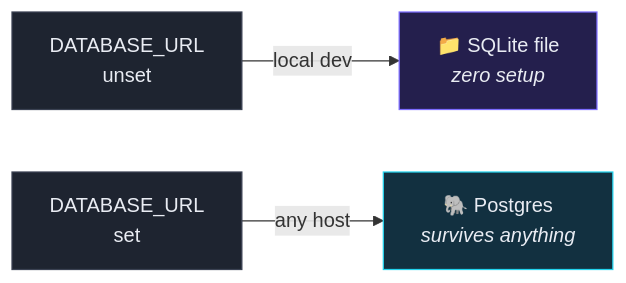
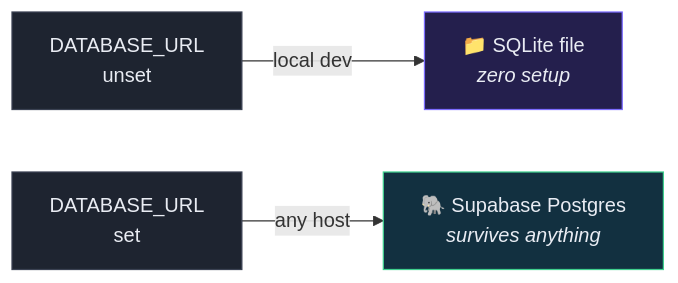
The fourth of 4 diagrams in README.md (HassanKhalid8/mnemo-bot), drawn with Mermaid before and after one commit. The commit also changed other lines of this file, not shown here.

````diff
--- a/README.md
+++ b/README.md
@@ -259,10 +372,10 @@
 ```mermaid
 graph LR
     A["DATABASE_URL<br/>unset"] -->|local dev| B["📁 SQLite file<br/><i>zero setup</i>"]
-    C["DATABASE_URL<br/>set"] -->|any host| D["🐘 Postgres<br/><i>survives anything</i>"]
+    C["DATABASE_URL<br/>set"] -->|any host| D["🐘 Supabase Postgres<br/><i>survives anything</i>"]
 
     style A fill:#1e2430,stroke:#3a4152,color:#e9ecf3
     style B fill:#241f4d,stroke:#7c6cff,color:#e9ecf3
     style C fill:#1e2430,stroke:#3a4152,color:#e9ecf3
-    style D fill:#123040,stroke:#22d3ee,color:#e9ecf3
+    style D fill:#123040,stroke:#3FCF8E,color:#e9ecf3
 ```
````
